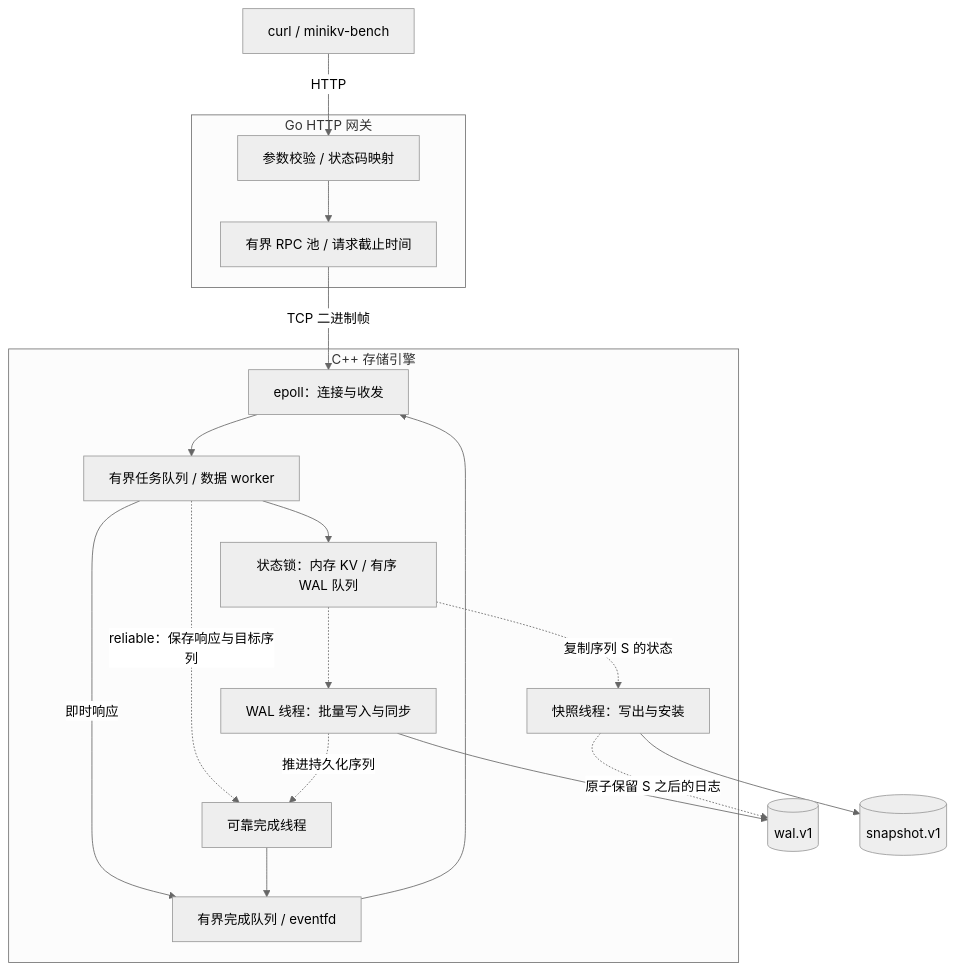
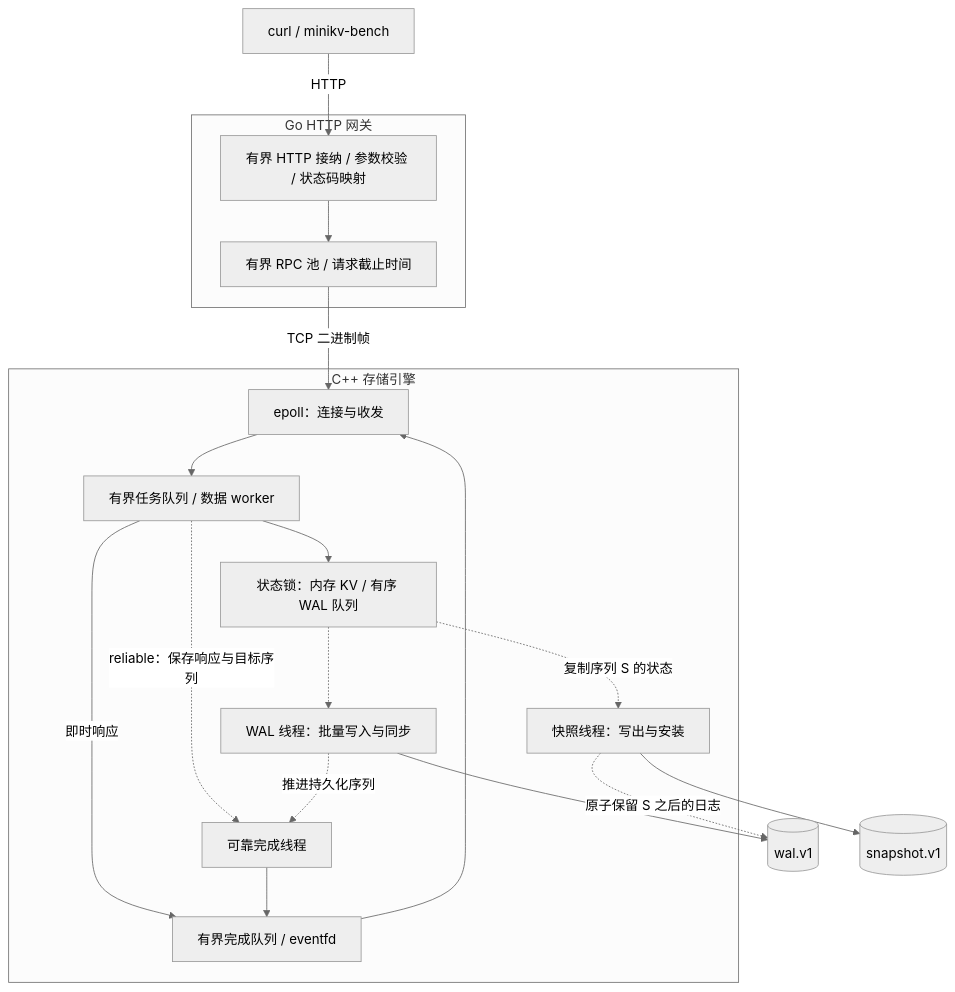
The diagram in README.md (GalaxyKW/MiniKV), drawn with Mermaid (neutral theme) before and after one commit. The commit also changed other lines of this file and 11 other files, not shown here.

Commit message:
feat: bound HTTP admission before decoding gateway requests

````diff
--- a/README.md
+++ b/README.md
@@ -73,22 +73,22 @@
 ```mermaid
 flowchart TB
     Client["curl / minikv-bench"] -->|HTTP| Gateway
     subgraph Go["Go HTTP 网关"]
-        Gateway["参数校验 / 状态码映射"] --> Pool["有界 RPC 池 / 请求截止时间"]
+        Gateway["有界 HTTP 接纳 / 参数校验 / 状态码映射"] --> Pool["有界 RPC 池 / 请求截止时间"]
     end
     Pool -->|TCP 二进制帧| Reactor
     subgraph CPP["C++ 存储引擎"]
         Reactor["epoll：连接与收发"] --> Workers["有界任务队列 / 数据 worker"]
         Workers --> State["状态锁：内存 KV / 有序 WAL 队列"]
         Workers -->|即时响应| Completion["有界完成队列 / eventfd"]
         Workers -.->|reliable：保存响应与目标序列| Replies["可靠完成线程"]
         State -.-> Flush["WAL 线程：批量写入与同步"]
         Flush -.->|推进持久化序列| Replies
         Replies --> Completion
         Completion --> Reactor
         State -.->|复制序列 S 的状态| Snapshot["快照线程：写出与安装"]
     end
     Flush --> WAL[("wal.v1")]
     Snapshot --> Image[("snapshot.v1")]
     Snapshot -.->|原子保留 S 之后的日志| WAL
 ```
````
